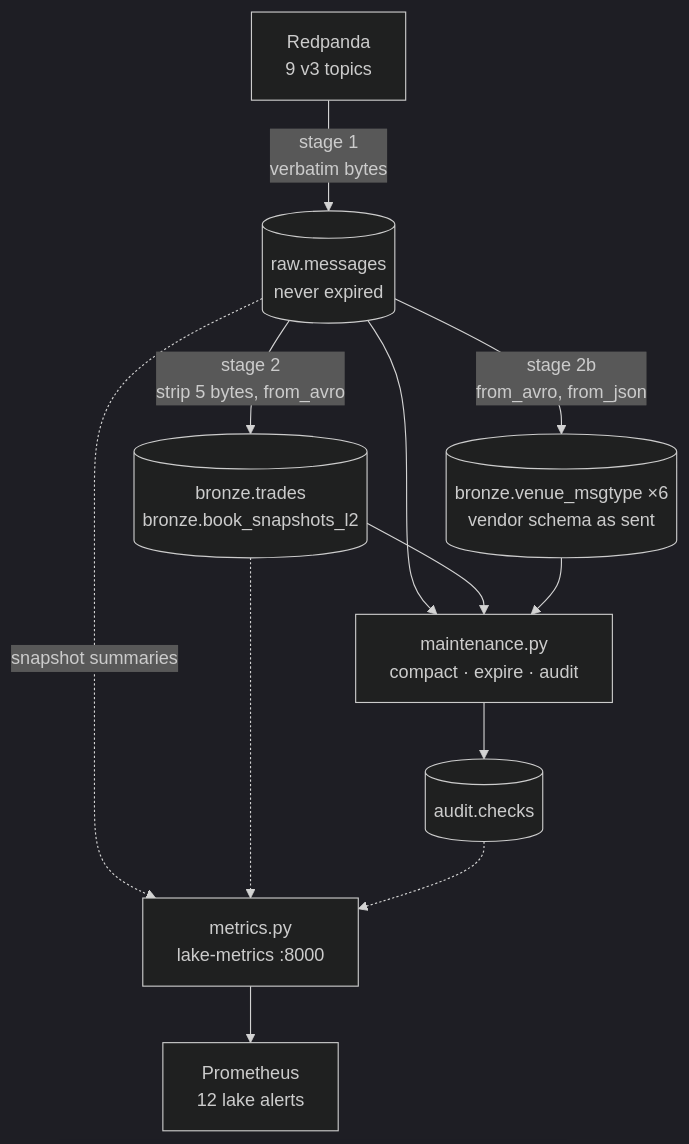
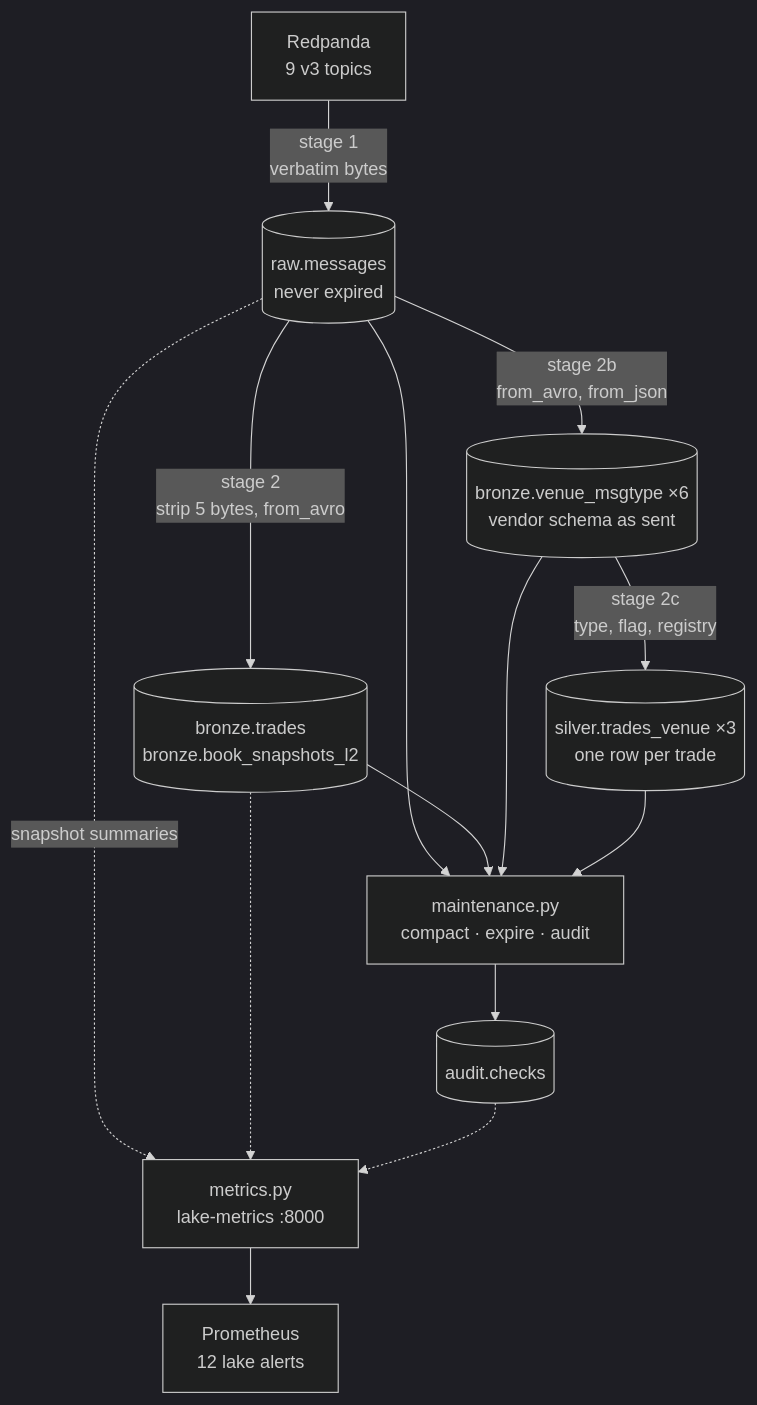
The diagram in docker/lake/README.md (rjdscott/k2-market-data-platform), drawn with Mermaid (dark theme) before and after one commit. The commit also changed other lines of this file and 15 other files, not shown here.

````diff
--- a/docker/lake/README.md
+++ b/docker/lake/README.md
@@ -36,14 +38,16 @@
 ```mermaid
 flowchart TB
   RP[Redpanda<br/>9 v3 topics] -->|stage 1<br/>verbatim bytes| RAW[(raw.messages<br/>never expired)]
   RAW -->|stage 2<br/>strip 5 bytes, from_avro| BR[(bronze.trades<br/>bronze.book_snapshots_l2)]
   RAW -->|stage 2b<br/>from_avro, from_json| BV[(bronze.venue_msgtype ×6<br/>vendor schema as sent)]
+  BV -->|stage 2c<br/>type, flag, registry| SV[(silver.trades_venue ×3<br/>one row per trade)]
   RAW --> MNT[maintenance.py<br/>compact · expire · audit]
   BR --> MNT
   BV --> MNT
+  SV --> MNT
   MNT --> AUD[(audit.checks)]
   RAW -.snapshot summaries.-> MET[metrics.py<br/>lake-metrics :8000]
   BR -.-> MET
   AUD -.-> MET
   MET --> PROM[Prometheus<br/>12 lake alerts]
 ```
````
